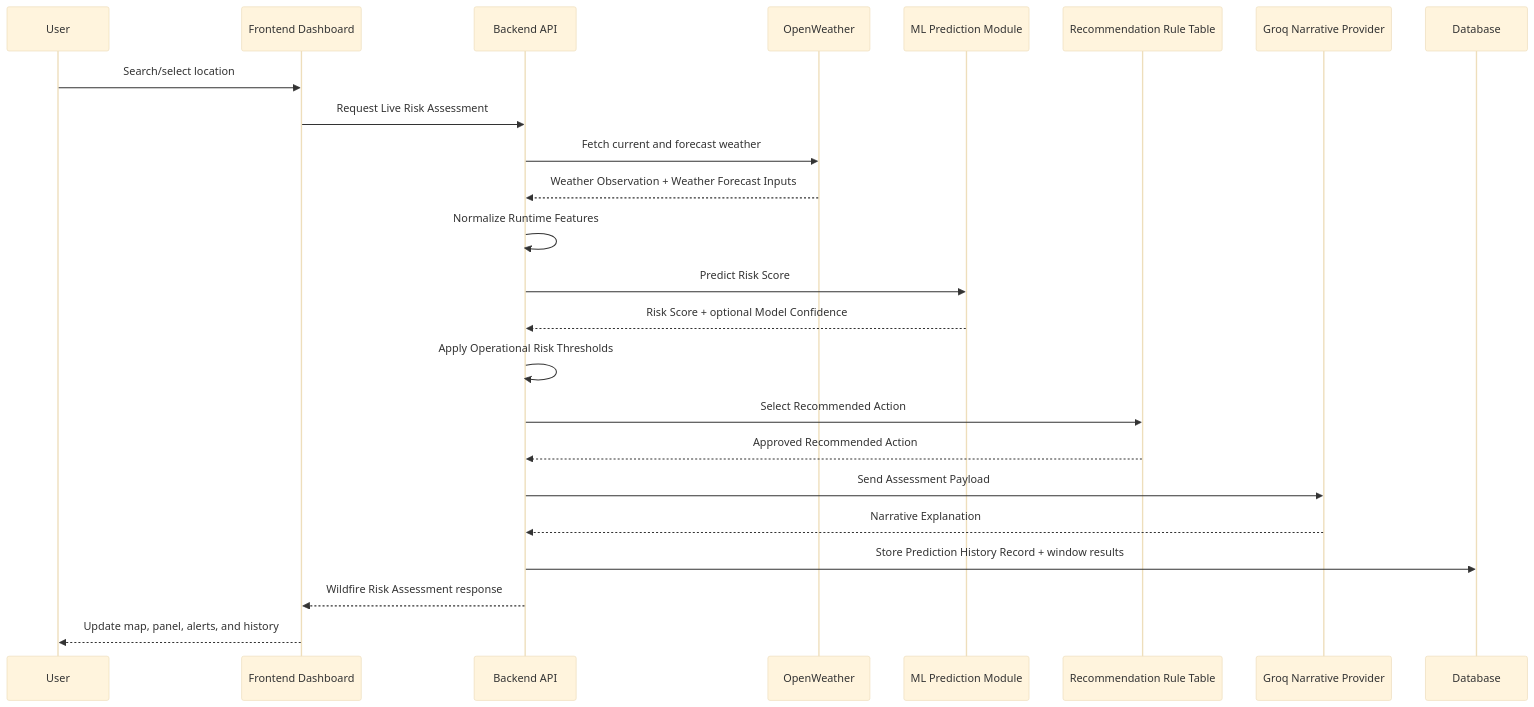
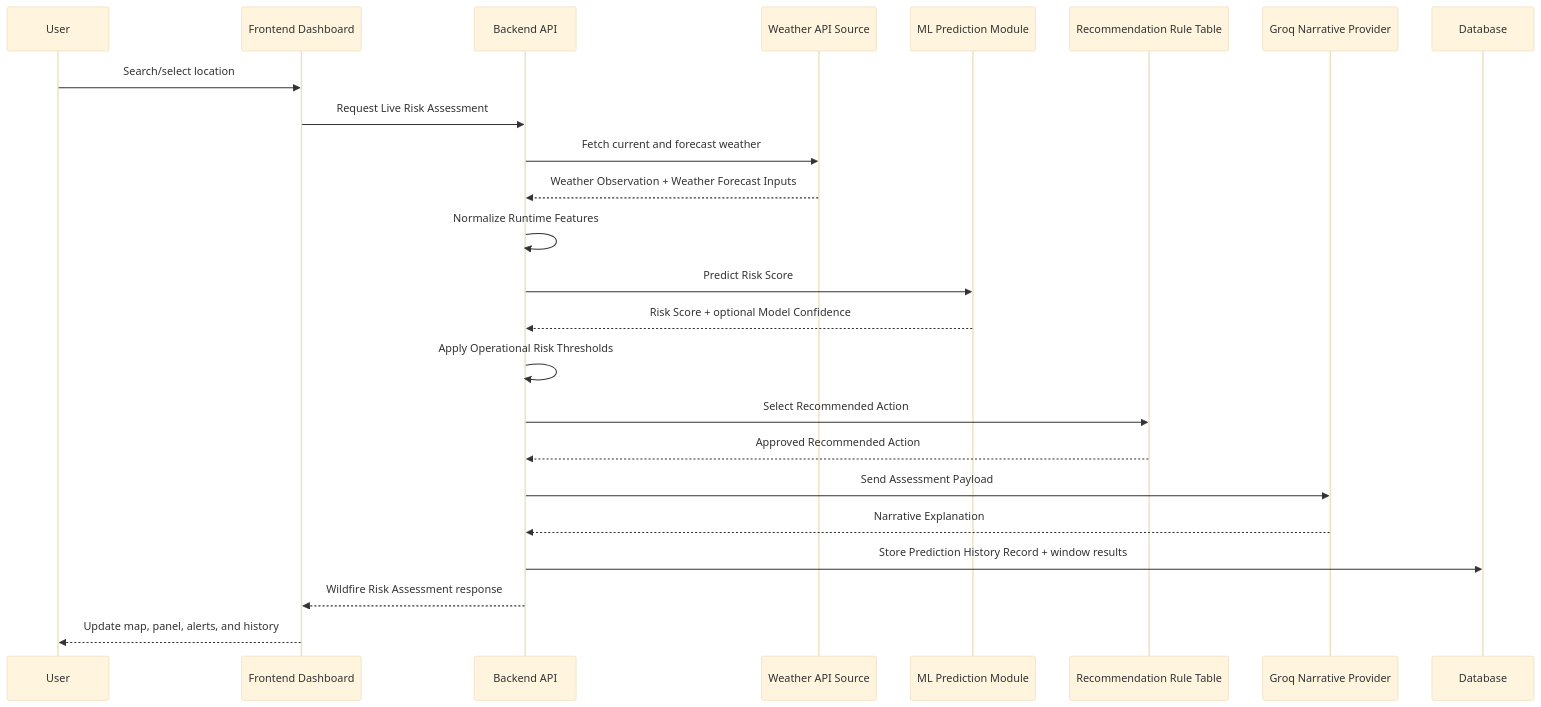
The second of 2 diagrams in docs/architecture/firewatch-architecture.md (hamza-dev17/firewatch), drawn with Mermaid (base theme) before and after one commit. The commit also changed other lines of this file and 54 other files, not shown here.

````diff
--- a/docs/architecture/firewatch-architecture.md
+++ b/docs/architecture/firewatch-architecture.md
@@ -187,27 +187,27 @@
 ```mermaid
 sequenceDiagram
     participant U as User
     participant F as Frontend Dashboard
     participant A as Backend API
-    participant W as OpenWeather
+    participant W as Weather API Source
     participant M as ML Prediction Module
     participant R as Recommendation Rule Table
     participant G as Groq Narrative Provider
     participant D as Database
 
     U->>F: Search/select location
     F->>A: Request Live Risk Assessment
     A->>W: Fetch current and forecast weather
     W-->>A: Weather Observation + Weather Forecast Inputs
     A->>A: Normalize Runtime Features
     A->>M: Predict Risk Score
     M-->>A: Risk Score + optional Model Confidence
     A->>A: Apply Operational Risk Thresholds
     A->>R: Select Recommended Action
     R-->>A: Approved Recommended Action
     A->>G: Send Assessment Payload
     G-->>A: Narrative Explanation
     A->>D: Store Prediction History Record + window results
     A-->>F: Wildfire Risk Assessment response
     F-->>U: Update map, panel, alerts, and history
 ```
````
